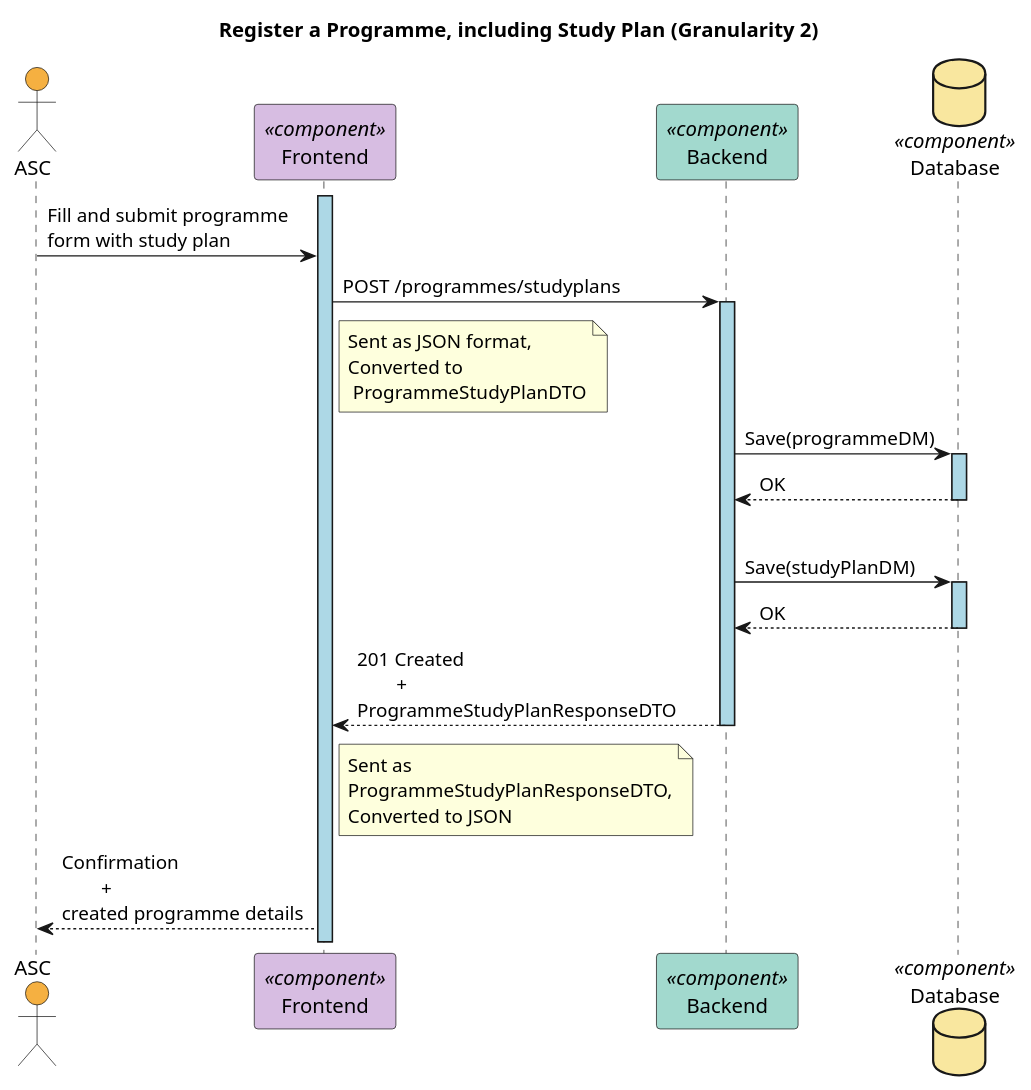
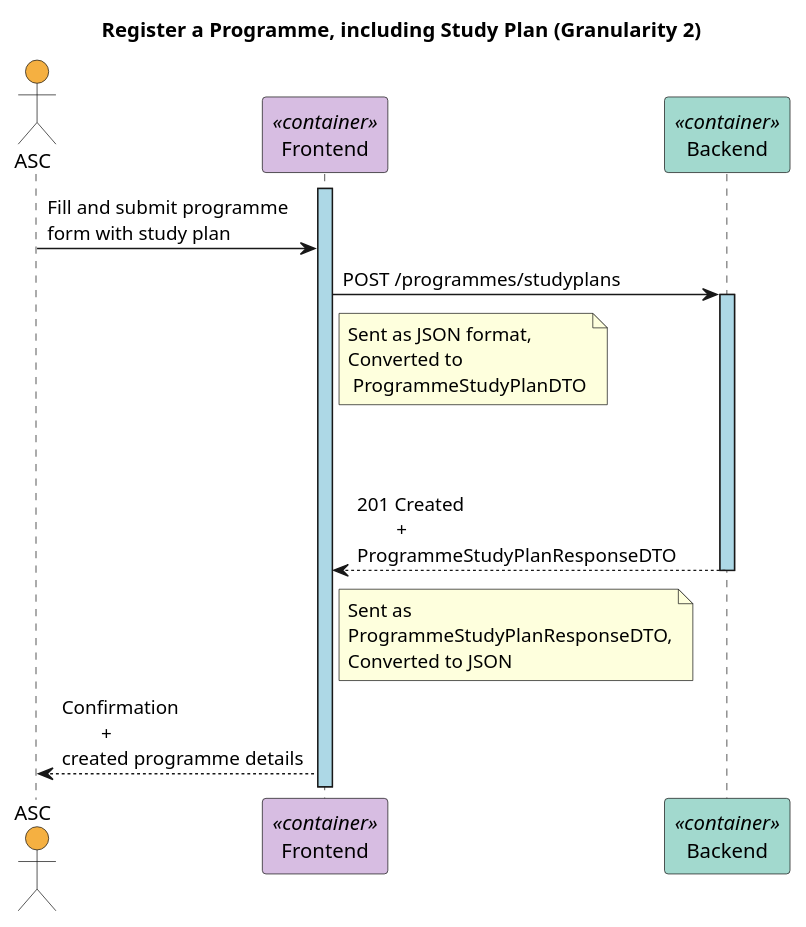
Before and after one commit to GasparISEP/DevOps-PAI: the diagram in docs/US27/Sprint6/ProcessView/Level2.puml, drawn with PlantUML.

Commit message:
Refactor level 2 process view diagram for register programme, including study plan, by removing database. (Ref #527)

```diff
--- a/docs/US27/Sprint6/ProcessView/Level2.puml
+++ b/docs/US27/Sprint6/ProcessView/Level2.puml
@@ -1,40 +1,31 @@
 @startuml
 title Register a Programme, including Study Plan (Granularity 2)
 skinparam sequenceLifeLineBackgroundColor lightblue
 
 actor ASC #F5B041
-participant Frontend <<component>> #D7BDE2
-participant Backend <<component>> #A2D9CE
-database Database <<component>> #F9E79F
+participant Frontend <<container>> #D7BDE2
+participant Backend <<container>> #A2D9CE
+
 
 activate Frontend
 ASC -> Frontend: Fill and submit programme \nform with study plan
 
 Frontend -> Backend: POST /programmes/studyplans
 activate Backend
 note right Frontend
   Sent as JSON format,
   Converted to
    ProgrammeStudyPlanDTO
 end note
-
-Backend -> Database: Save(programmeDM)
-activate Database
-Database --> Backend: OK
-deactivate Database
 |||
-Backend -> Database: Save(studyPlanDM)
-activate Database
-Database --> Backend: OK
-deactivate Database
-
+|||
 Backend --> Frontend: 201 Created \n\t+ \nProgrammeStudyPlanResponseDTO\t
 deactivate Backend
 note right Frontend
   Sent as
   ProgrammeStudyPlanResponseDTO,
   Converted to JSON
 end note
 
 Frontend --> ASC: Confirmation \n\t+ \ncreated programme details
 @enduml
```
